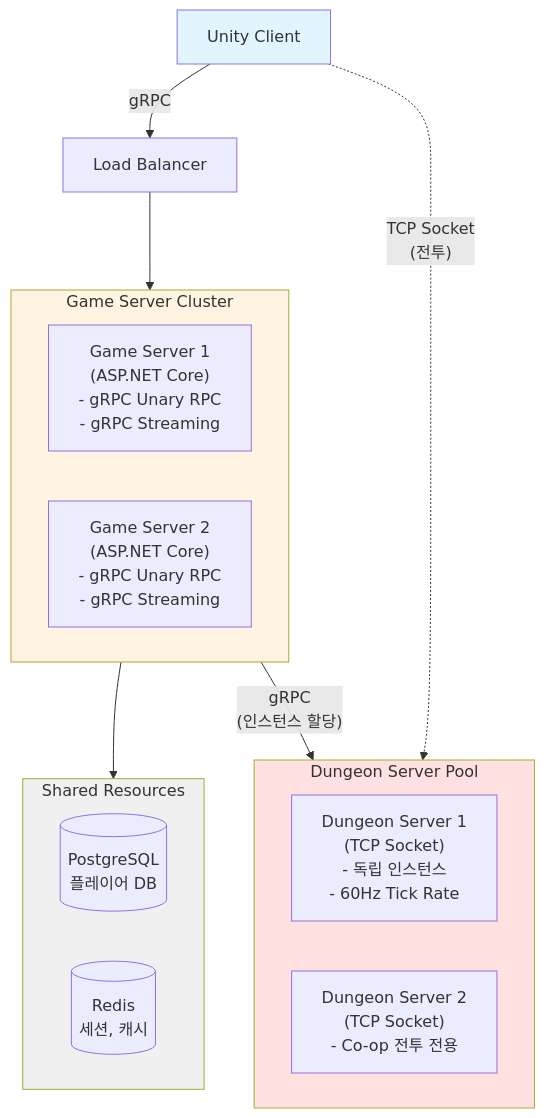
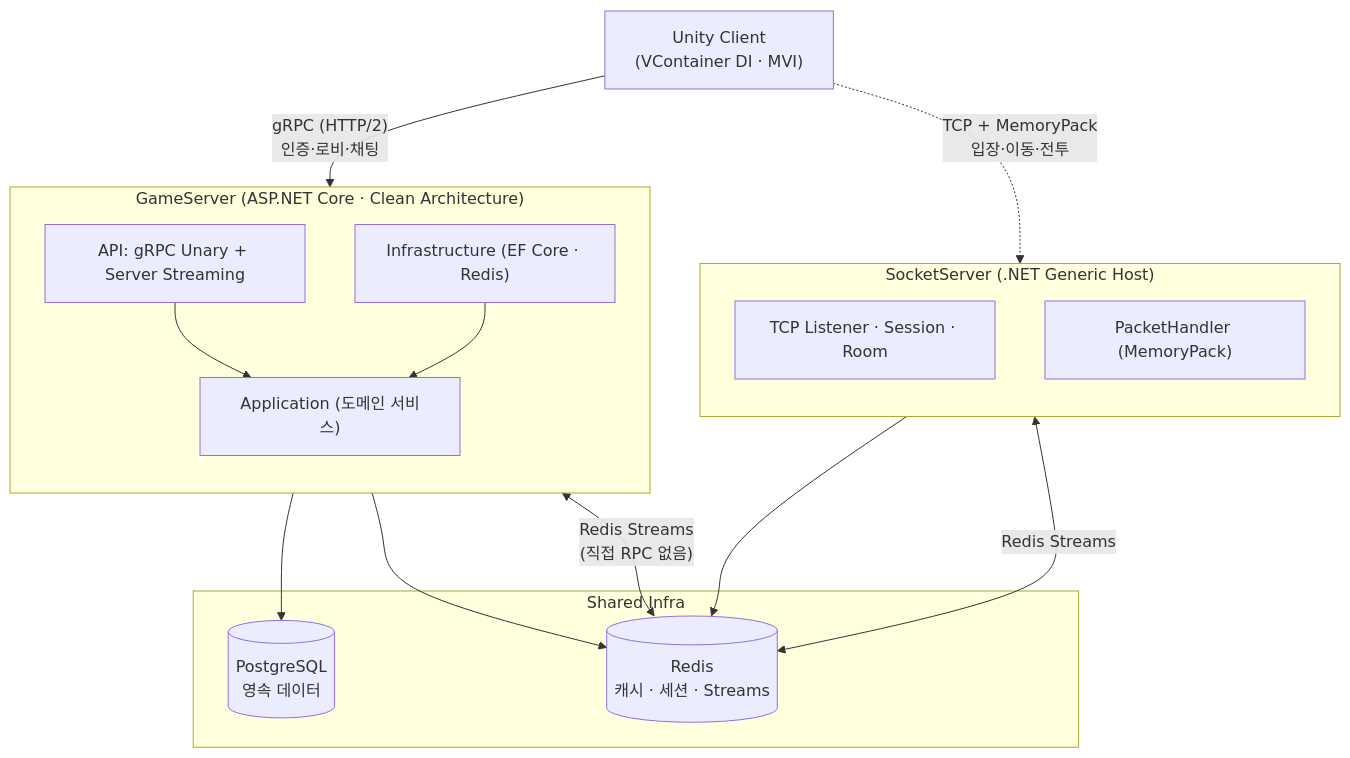
One commit to SeoBYP/Multiplay-ActionRPG-Unity changed the first of 3 diagrams in README.md. Above: the diagram before and after it, drawn with Mermaid. The commit also changed other lines of this file and 163 other files, not shown here.

````diff
--- a/README.md
+++ b/README.md
@@ -87,31 +51,32 @@
 ```mermaid
 flowchart TB
-    LB[Load Balancer]
-    
-    subgraph GameServers["Game Server Cluster"]
-        GS1["Game Server 1<br/>(ASP.NET Core)<br/>- gRPC Unary RPC<br/>- gRPC Streaming"]
-        GS2["Game Server 2<br/>(ASP.NET Core)<br/>- gRPC Unary RPC<br/>- gRPC Streaming"]
+    Client["Unity Client<br/>(VContainer DI · MVI)"]
+
+    subgraph GS["GameServer (ASP.NET Core · Clean Architecture)"]
+        direction TB
+        api["API: gRPC Unary + Server Streaming"]
+        app["Application (도메인 서비스)"]
+        infra["Infrastructure (EF Core · Redis)"]
+        api --> app
+        infra --> app
     end
-    
-    subgraph SharedResources["Shared Resources"]
-        PG[(PostgreSQL<br/>플레이어 DB)]
-        RD[(Redis<br/>세션, 캐시)]
+
+    subgraph SS["SocketServer (.NET Generic Host)"]
+        direction TB
+        tcp["TCP Listener · Session · Room"]
+        ph["PacketHandler (MemoryPack)"]
     end
-    
-    subgraph DungeonServers["Dungeon Server Pool"]
-        DS1["Dungeon Server 1<br/>(TCP Socket)<br/>- 독립 인스턴스<br/>- 60Hz Tick Rate"]
-        DS2["Dungeon Server 2<br/>(TCP Socket)<br/>- Co-op 전투 전용"]
+
+    subgraph Data["Shared Infra"]
+        PG[("PostgreSQL<br/>영속 데이터")]
+        RD[("Redis<br/>캐시 · 세션 · Streams")]
     end
-    
-    LB --> GameServers
-    GameServers --> SharedResources
-    GameServers -->|"gRPC<br/>(인스턴스 할당)"| DungeonServers
-    
-    Client["Unity Client"] -->|"gRPC"| LB
-    Client -.->|"TCP Socket<br/>(전투)"| DungeonServers
-    
-    style Client fill:#e1f5ff
-    style GameServers fill:#fff4e1
-    style SharedResources fill:#f0f0f0
-    style DungeonServers fill:#ffe1e1
+
+    Client -->|"gRPC (HTTP/2)<br/>인증·로비·채팅"| GS
+    Client -.->|"TCP + MemoryPack<br/>입장·이동·전투"| SS
+    GS --> PG
+    GS --> RD
+    SS --> RD
+    GS <-->|"Redis Streams<br/>(직접 RPC 없음)"| RD
+    SS <-->|"Redis Streams"| RD
 ```
````
